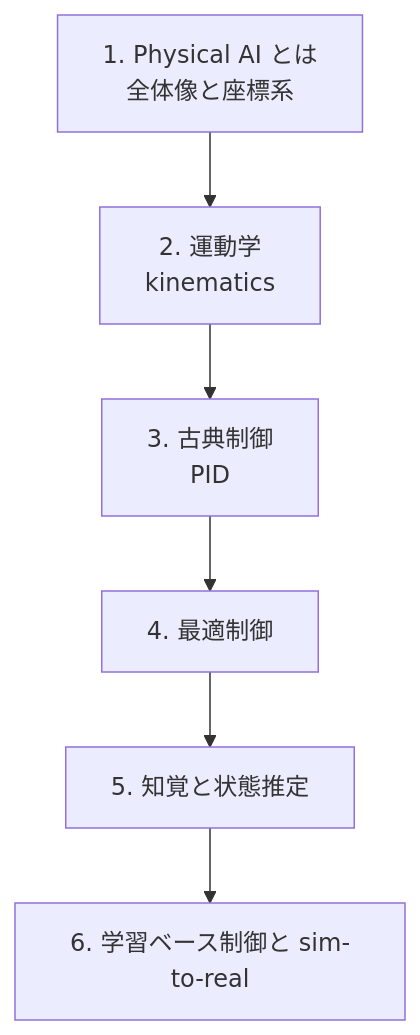
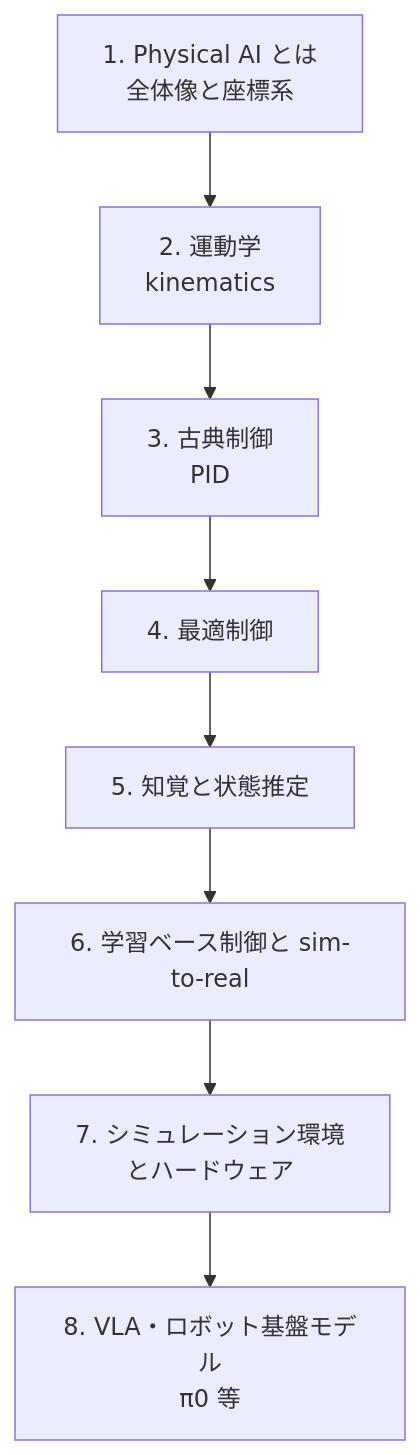
One commit to ksterx/textbook changed the diagram in src/pages/physical-ai/index.md. Above: the diagram before and after it, drawn with Mermaid. The commit also changed other lines of this file and 8 other files, not shown here.

First line of the commit message:
非audioを最新研究・トレンド・図で強化（新規3章＋地図3章増補）

````diff
--- a/src/pages/physical-ai/index.md
+++ b/src/pages/physical-ai/index.md
@@ -33,8 +33,10 @@
 ```mermaid
 flowchart TD
   C1[1. Physical AI とは<br/>全体像と座標系] --> C2[2. 運動学<br/>kinematics]
   C2 --> C3[3. 古典制御<br/>PID]
   C3 --> C4[4. 最適制御]
   C4 --> C5[5. 知覚と状態推定]
   C5 --> C6[6. 学習ベース制御と sim-to-real]
+  C6 --> C7[7. シミュレーション環境<br/>とハードウェア]
+  C7 --> C8[8. VLA・ロボット基盤モデル<br/>π0 等]
 ```
````
